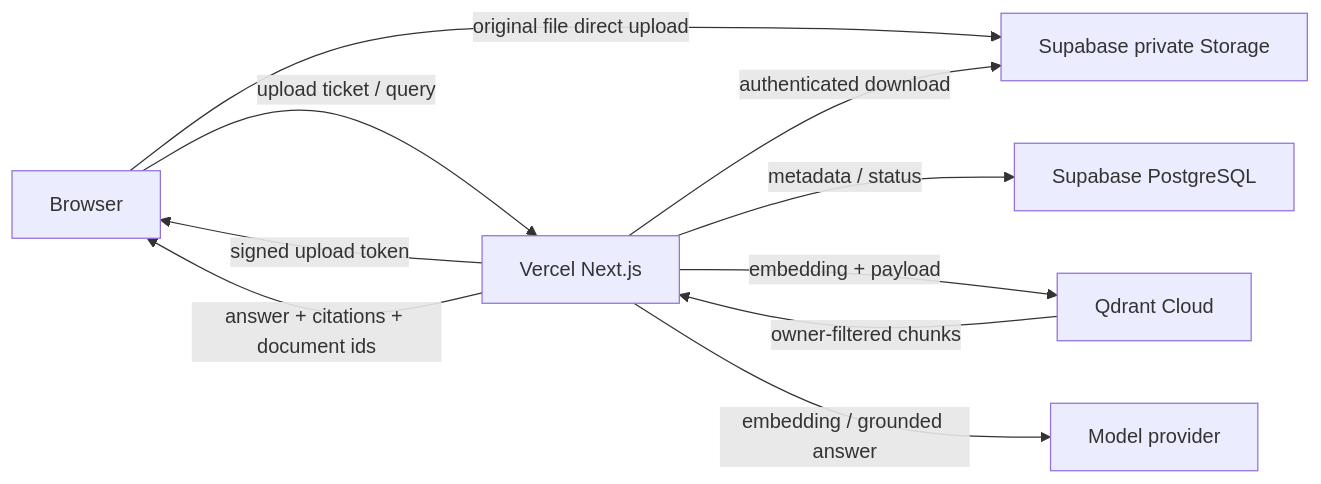
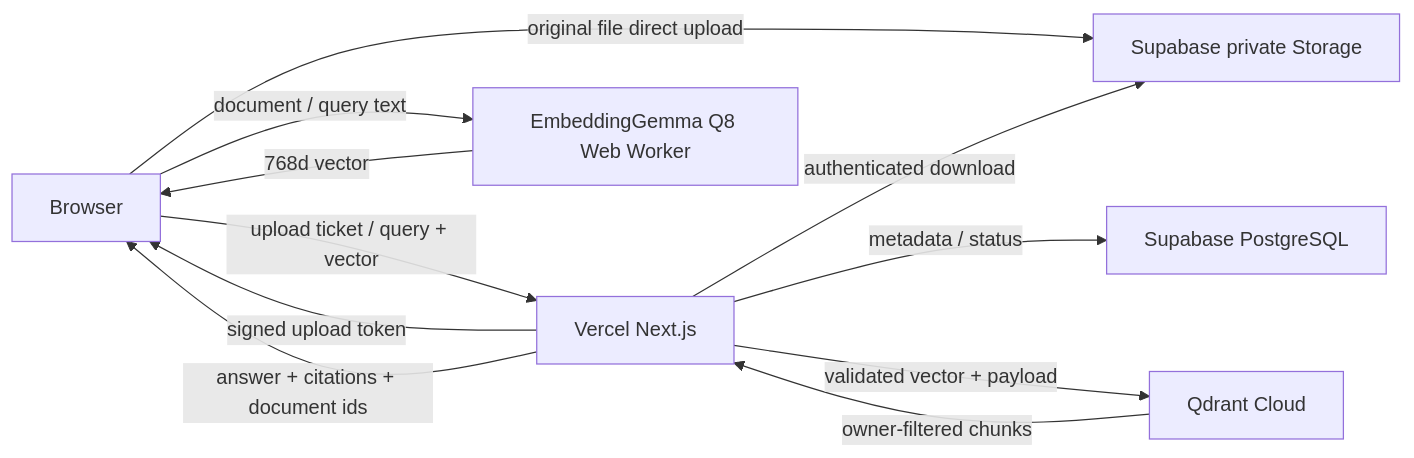
One commit to NohYusung/sageum changed the diagram in docs/rag-architecture.md. Above: the diagram before and after it, drawn with Mermaid. The commit also changed other lines of this file and 25 other files, not shown here.

Commit message:
feat: 브라우저 EmbeddingGemma Q8 임베딩 연결

````diff
--- a/docs/rag-architecture.md
+++ b/docs/rag-architecture.md
@@ -13,12 +13,13 @@
 ```mermaid
 flowchart LR
-  U["Browser"] -->|"upload ticket / query"| V["Vercel Next.js"]
+  U["Browser"] -->|"upload ticket / query + vector"| V["Vercel Next.js"]
   V -->|"signed upload token"| U
   U -->|"original file direct upload"| S["Supabase private Storage"]
+  U -->|"document / query text"| E["EmbeddingGemma Q8 Web Worker"]
+  E -->|"768d vector"| U
   V -->|"authenticated download"| S
   V -->|"metadata / status"| P["Supabase PostgreSQL"]
-  V -->|"embedding + payload"| Q["Qdrant Cloud"]
-  V -->|"embedding / grounded answer"| E["Model provider"]
+  V -->|"validated vector + payload"| Q["Qdrant Cloud"]
   Q -->|"owner-filtered chunks"| V
   V -->|"answer + citations + document ids"| U
 ```
````
